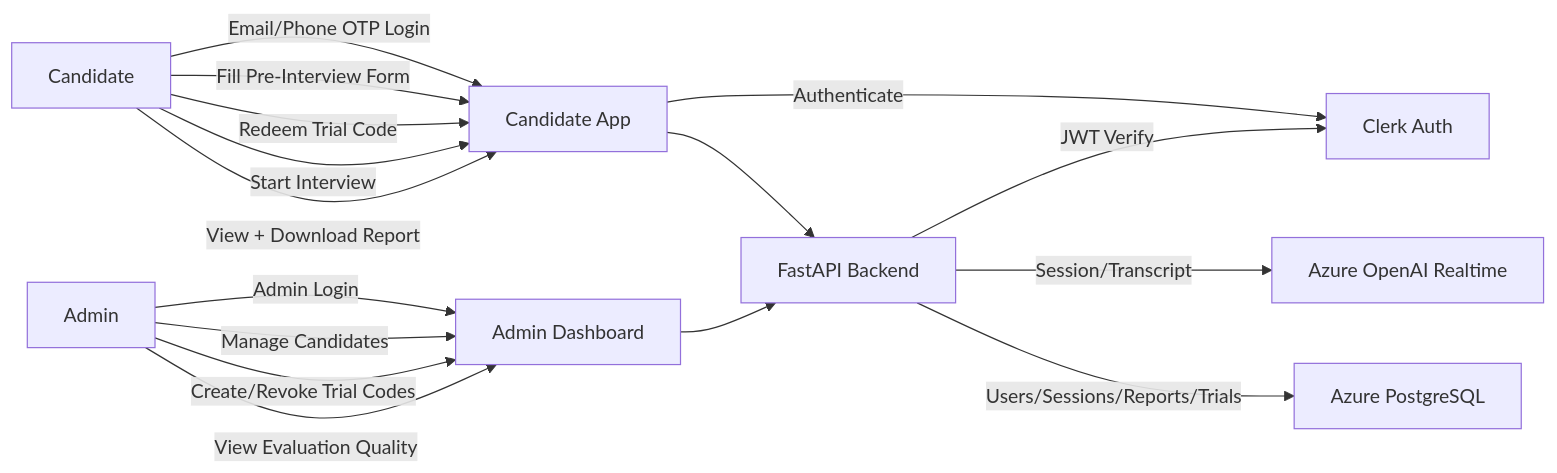
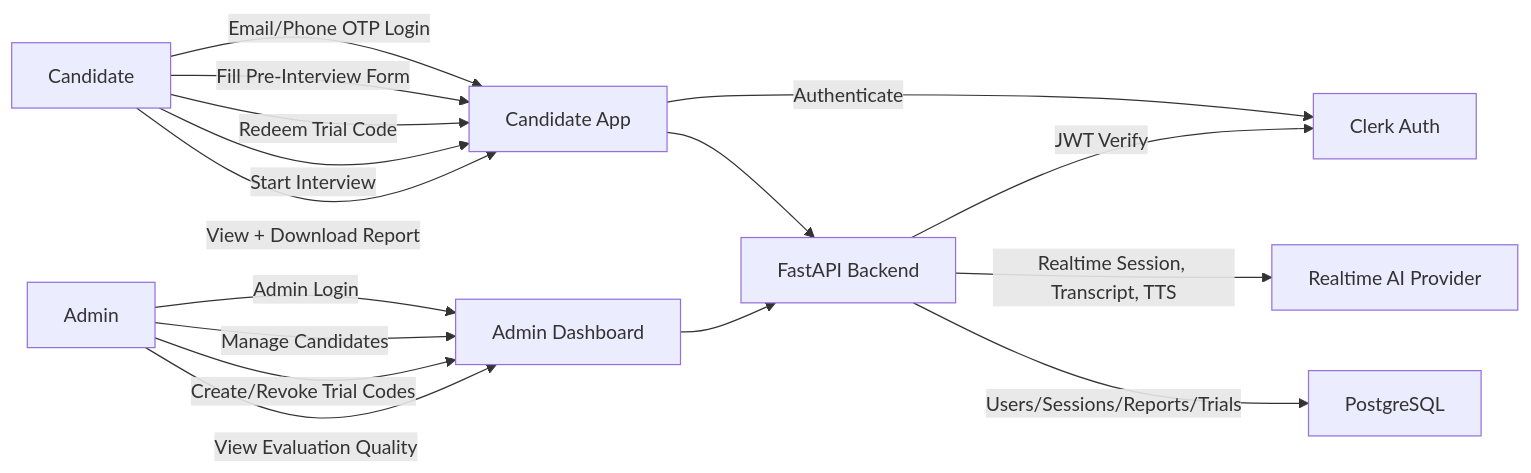
Before and after one commit to Ignitzsolutions/evaluate-yourself: the first of 2 diagrams in docs/application-diagrams.md, drawn with Mermaid. The commit also changed other lines of this file and 74 other files, not shown here.

````diff
--- a/docs/application-diagrams.md
+++ b/docs/application-diagrams.md
@@ -5,29 +5,29 @@
 ```mermaid
 flowchart LR
   C["Candidate"]
   A["Admin"]
   CL["Clerk Auth"]
-  RT["Azure OpenAI Realtime"]
-  DB["Azure PostgreSQL"]
+  RT["Realtime AI Provider"]
+  DB["PostgreSQL"]
   BE["FastAPI Backend"]
   CA["Candidate App"]
   AD["Admin Dashboard"]
 
   C -->|Email/Phone OTP Login| CA
   CA -->|Authenticate| CL
   C -->|Fill Pre-Interview Form| CA
   C -->|Redeem Trial Code| CA
   C -->|Start Interview| CA
   C -->|View + Download Report| CA
 
   A -->|Admin Login| AD
   A -->|Manage Candidates| AD
   A -->|Create/Revoke Trial Codes| AD
   A -->|View Evaluation Quality| AD
 
   CA --> BE
   AD --> BE
   BE -->|JWT Verify| CL
-  BE -->|Session/Transcript| RT
+  BE -->|Realtime Session, Transcript, TTS| RT
   BE -->|Users/Sessions/Reports/Trials| DB
 ```
````
